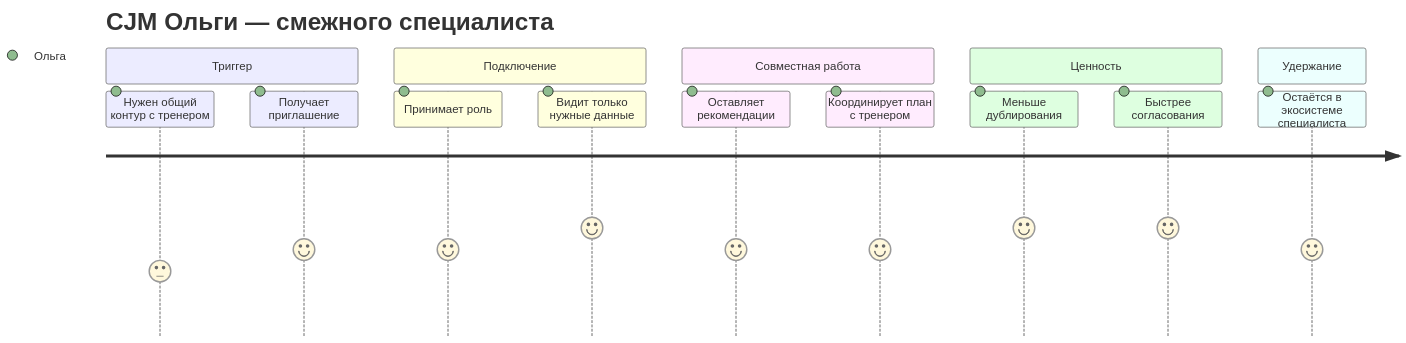
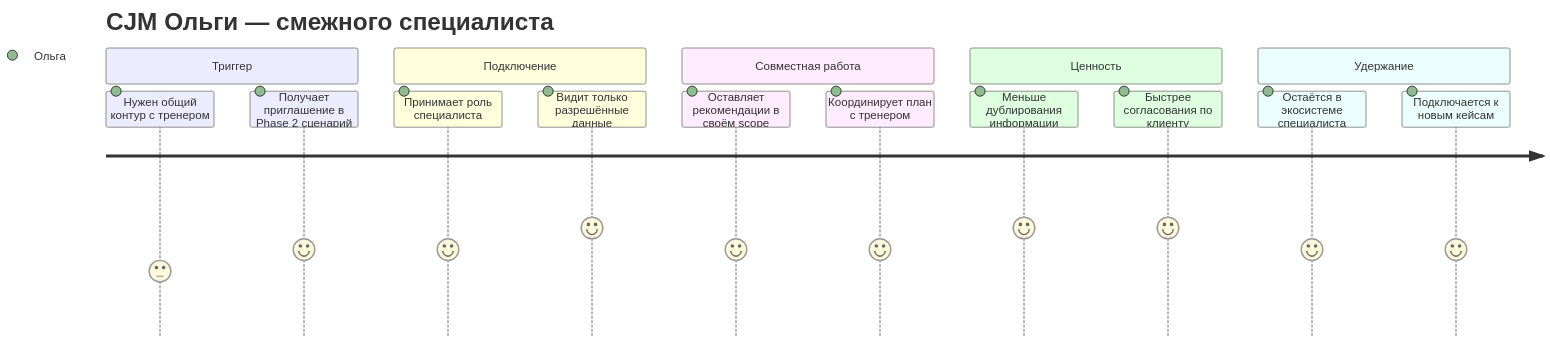
Before and after one commit to MartyanovAV/otuskotlin: the sixth of 6 diagrams in docs/01-business/CJM.md, drawn with Mermaid. The commit also changed other lines of this file and 28 other files, not shown here.

````diff
--- a/docs/01-business/CJM.md
+++ b/docs/01-business/CJM.md
@@ -106,18 +207,19 @@
 ```mermaid
 journey
     title CJM Ольги — смежного специалиста
     section Триггер
       Нужен общий контур с тренером: 3: Ольга
-      Получает приглашение: 4: Ольга
+      Получает приглашение в Phase 2 сценарий: 4: Ольга
     section Подключение
-      Принимает роль: 4: Ольга
-      Видит только нужные данные: 5: Ольга
+      Принимает роль специалиста: 4: Ольга
+      Видит только разрешённые данные: 5: Ольга
     section Совместная работа
-      Оставляет рекомендации: 4: Ольга
+      Оставляет рекомендации в своём scope: 4: Ольга
       Координирует план с тренером: 4: Ольга
     section Ценность
-      Меньше дублирования: 5: Ольга
-      Быстрее согласования: 5: Ольга
+      Меньше дублирования информации: 5: Ольга
+      Быстрее согласования по клиенту: 5: Ольга
     section Удержание
       Остаётся в экосистеме специалиста: 4: Ольга
+      Подключается к новым кейсам: 4: Ольга
 ```
````
